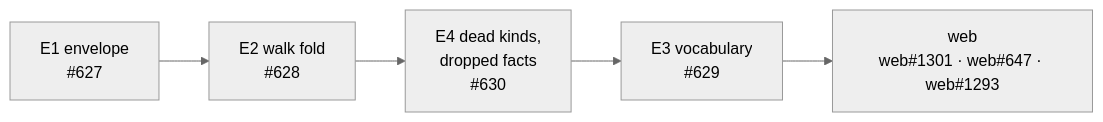
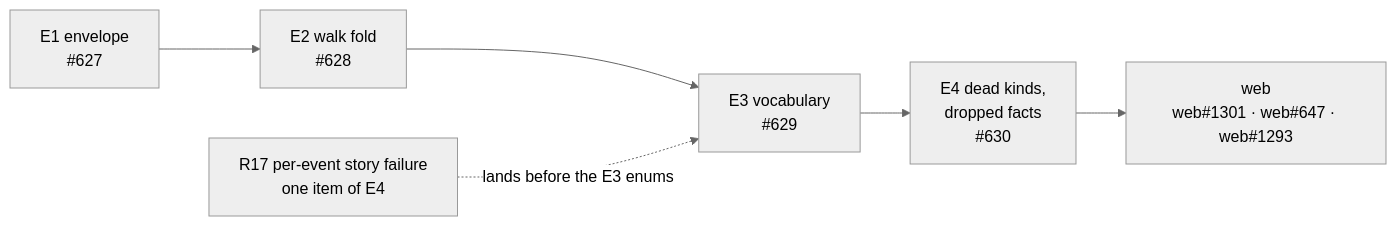
The second of 2 diagrams in ideas/event-stream/design.md (KirkDiggler/rpg-project), drawn with Mermaid (neutral theme) before and after one commit. The commit also changed other lines of this file and 1 other file, not shown here.

First line of the commit message:
design(event-stream): R6 and R8 proposed, slice order per R2, walkthrough

````diff
--- a/ideas/event-stream/design.md
+++ b/ideas/event-stream/design.md
@@ -33,4 +33,5 @@
 ```mermaid
 flowchart LR
-    E1[E1 envelope<br/>#627] --> E2[E2 walk fold<br/>#628] --> E4[E4 dead kinds,<br/>dropped facts<br/>#630] --> E3[E3 vocabulary<br/>#629] --> W[web<br/>web#1301 · web#647 · web#1293]
+    E1[E1 envelope<br/>#627] --> E2[E2 walk fold<br/>#628] --> E3[E3 vocabulary<br/>#629] --> E4[E4 dead kinds,<br/>dropped facts<br/>#630] --> W[web<br/>web#1301 · web#647 · web#1293]
+    R17[R17 per-event story failure<br/>one item of E4] -.lands before the E3 enums.-> E3
 ```
````
